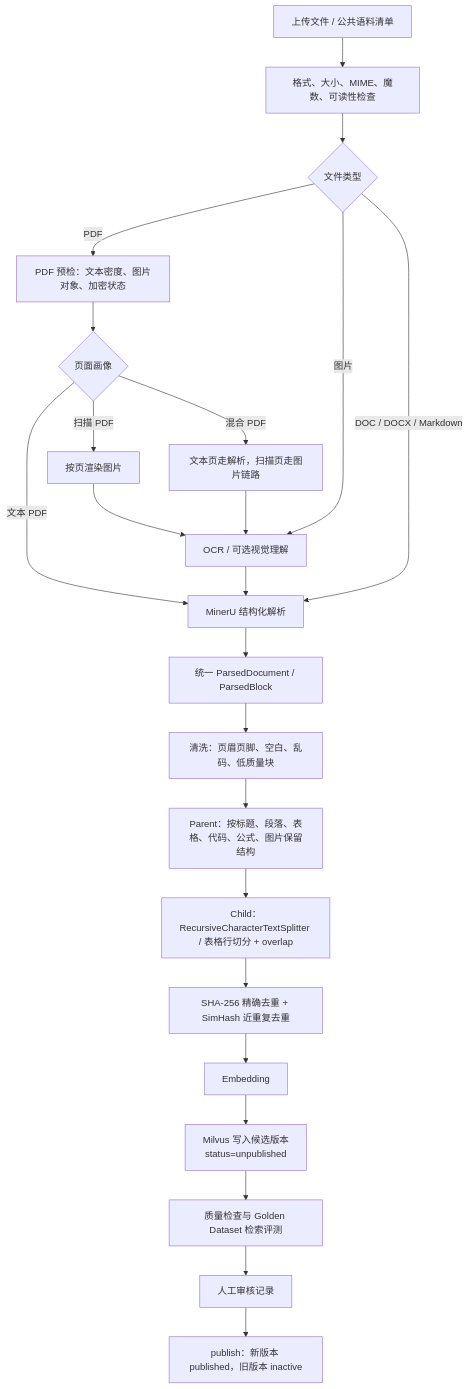
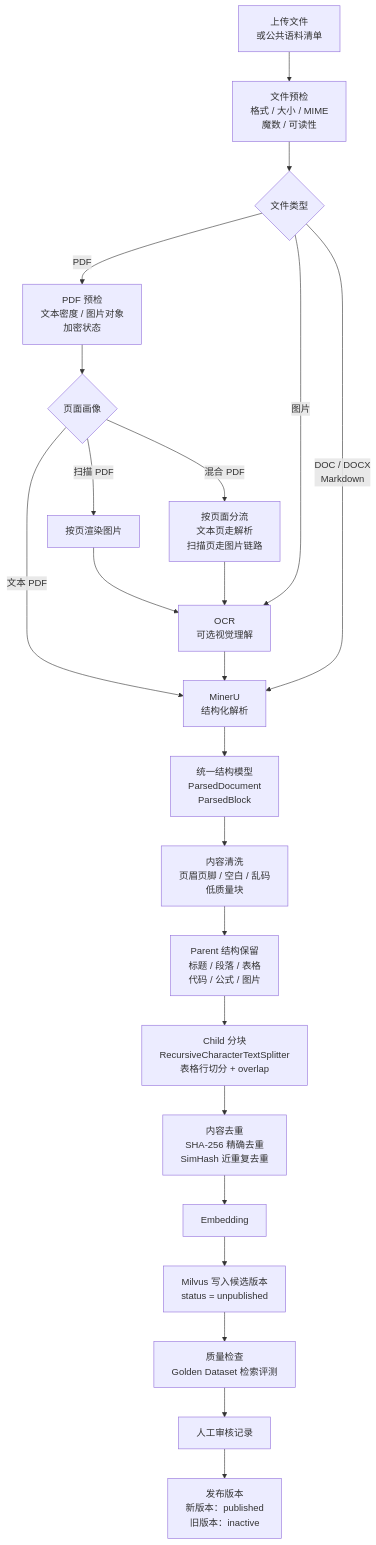
The fourth of 4 diagrams in README.md (YXCZS/EasyOffer), drawn with Mermaid before and after one commit. The commit also changed other lines of this file, not shown here.

First line of the commit message:
优化README流程图展示效果

````diff
--- a/README.md
+++ b/README.md
@@ -162,25 +162,25 @@
 ```mermaid
 flowchart TB
-    S[上传文件 / 公共语料清单] --> V[格式、大小、MIME、魔数、可读性检查]
+    S["上传文件<br/>或公共语料清单"] --> V["文件预检<br/>格式 / 大小 / MIME<br/>魔数 / 可读性"]
     V --> D{文件类型}
-    D -->|PDF| P[PDF 预检：文本密度、图片对象、加密状态]
+    D -->|PDF| P["PDF 预检<br/>文本密度 / 图片对象<br/>加密状态"]
     P --> P1{页面画像}
-    P1 -->|文本 PDF| MU[MinerU 结构化解析]
+    P1 -->|文本 PDF| MU["MinerU<br/>结构化解析"]
     P1 -->|扫描 PDF| IMG[按页渲染图片]
-    P1 -->|混合 PDF| MIX[文本页走解析，扫描页走图片链路]
-    IMG --> OCR[OCR / 可选视觉理解]
+    P1 -->|混合 PDF| MIX["按页面分流<br/>文本页走解析<br/>扫描页走图片链路"]
+    IMG --> OCR["OCR<br/>可选视觉理解"]
     MIX --> OCR
     OCR --> MU
-    D -->|DOC / DOCX / Markdown| MU
+    D -->|"DOC / DOCX<br/>Markdown"| MU
     D -->|图片| OCR
-    MU --> N[统一 ParsedDocument / ParsedBlock]
-    N --> C[清洗：页眉页脚、空白、乱码、低质量块]
-    C --> PA[Parent：按标题、段落、表格、代码、公式、图片保留结构]
-    PA --> CH[Child：RecursiveCharacterTextSplitter / 表格行切分 + overlap]
-    CH --> DD[SHA-256 精确去重 + SimHash 近重复去重]
+    MU --> N["统一结构模型<br/>ParsedDocument<br/>ParsedBlock"]
+    N --> C["内容清洗<br/>页眉页脚 / 空白 / 乱码<br/>低质量块"]
+    C --> PA["Parent 结构保留<br/>标题 / 段落 / 表格<br/>代码 / 公式 / 图片"]
+    PA --> CH["Child 分块<br/>RecursiveCharacterTextSplitter<br/>表格行切分 + overlap"]
+    CH --> DD["内容去重<br/>SHA-256 精确去重<br/>SimHash 近重复去重"]
     DD --> E[Embedding]
-    E --> MV[Milvus 写入候选版本\nstatus=unpublished]
-    MV --> Q[质量检查与 Golden Dataset 检索评测]
+    E --> MV["Milvus 写入候选版本<br/>status = unpublished"]
+    MV --> Q["质量检查<br/>Golden Dataset 检索评测"]
     Q --> H[人工审核记录]
-    H --> PUB[publish：新版本 published，旧版本 inactive]
+    H --> PUB["发布版本<br/>新版本：published<br/>旧版本：inactive"]
 ```
````
